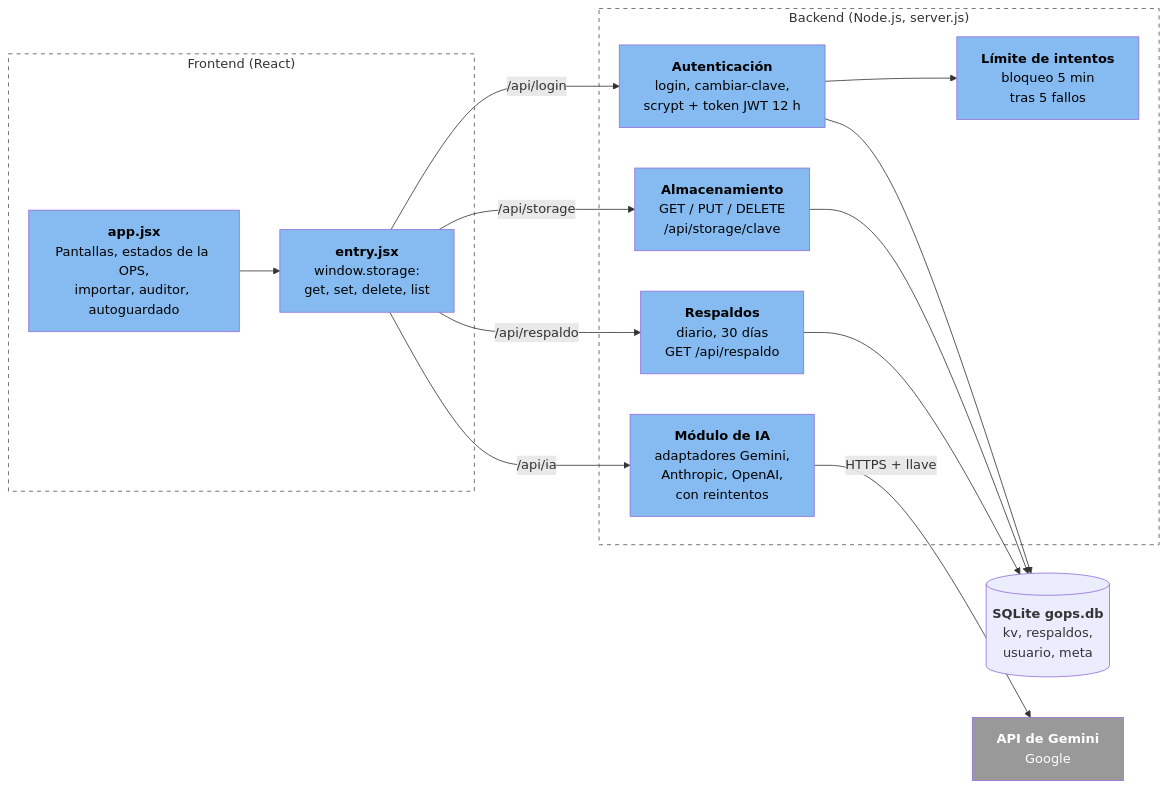
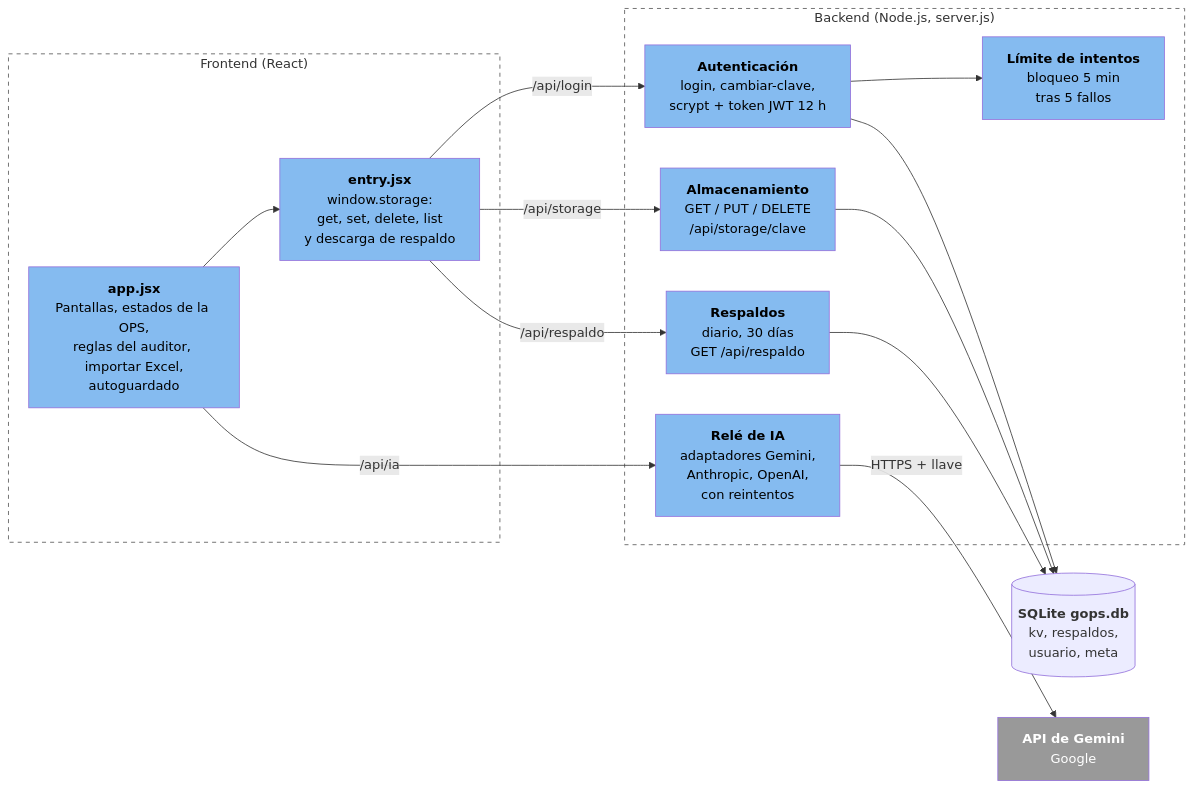
The third of 4 diagrams in docs/arquitectura.md (Caro-0519/gops-servidor2), drawn with Mermaid before and after one commit. The commit also changed other lines of this file, not shown here.

````diff
--- a/docs/arquitectura.md
+++ b/docs/arquitectura.md
@@ -51,36 +48,36 @@
 ```mermaid
 flowchart LR
     subgraph FRONT["Frontend (React)"]
-        APP["<b>app.jsx</b><br/>Pantallas, estados de la OPS,<br/>importar, auditor, autoguardado"]
-        ENT["<b>entry.jsx</b><br/>window.storage:<br/>get, set, delete, list"]
+        APP["<b>app.jsx</b><br/>Pantallas, estados de la OPS,<br/>reglas del auditor, importar Excel,<br/>autoguardado"]
+        ENT["<b>entry.jsx</b><br/>window.storage:<br/>get, set, delete, list<br/>y descarga de respaldo"]
     end
     subgraph BACK["Backend (Node.js, server.js)"]
         AUT["<b>Autenticación</b><br/>login, cambiar-clave,<br/>scrypt + token JWT 12 h"]
         LIM["<b>Límite de intentos</b><br/>bloqueo 5 min<br/>tras 5 fallos"]
         STO["<b>Almacenamiento</b><br/>GET / PUT / DELETE<br/>/api/storage/clave"]
         RES["<b>Respaldos</b><br/>diario, 30 días<br/>GET /api/respaldo"]
-        IAC["<b>Módulo de IA</b><br/>adaptadores Gemini,<br/>Anthropic, OpenAI,<br/>con reintentos"]
+        IAC["<b>Relé de IA</b><br/>adaptadores Gemini,<br/>Anthropic, OpenAI,<br/>con reintentos"]
     end
     DB[("<b>SQLite gops.db</b><br/>kv, respaldos,<br/>usuario, meta")]
     GEM["<b>API de Gemini</b><br/>Google"]
     APP --> ENT
     ENT -->|"/api/login"| AUT
     ENT -->|"/api/storage"| STO
+    ENT -->|"/api/respaldo"| RES
+    APP -->|"/api/ia"| IAC
     AUT --> LIM
     AUT --> DB
     STO --> DB
     RES --> DB
-    ENT -->|"/api/respaldo"| RES
-    ENT -->|"/api/ia"| IAC
     IAC -->|"HTTPS + llave"| GEM
     style FRONT fill:#fff,stroke:#555,stroke-dasharray:5 5
     style BACK fill:#fff,stroke:#555,stroke-dasharray:5 5
     style APP fill:#85bbf0,color:#000
     style ENT fill:#85bbf0,color:#000
     style AUT fill:#85bbf0,color:#000
     style LIM fill:#85bbf0,color:#000
     style STO fill:#85bbf0,color:#000
     style RES fill:#85bbf0,color:#000
     style IAC fill:#85bbf0,color:#000
     style GEM fill:#999,color:#fff
 ```
````
